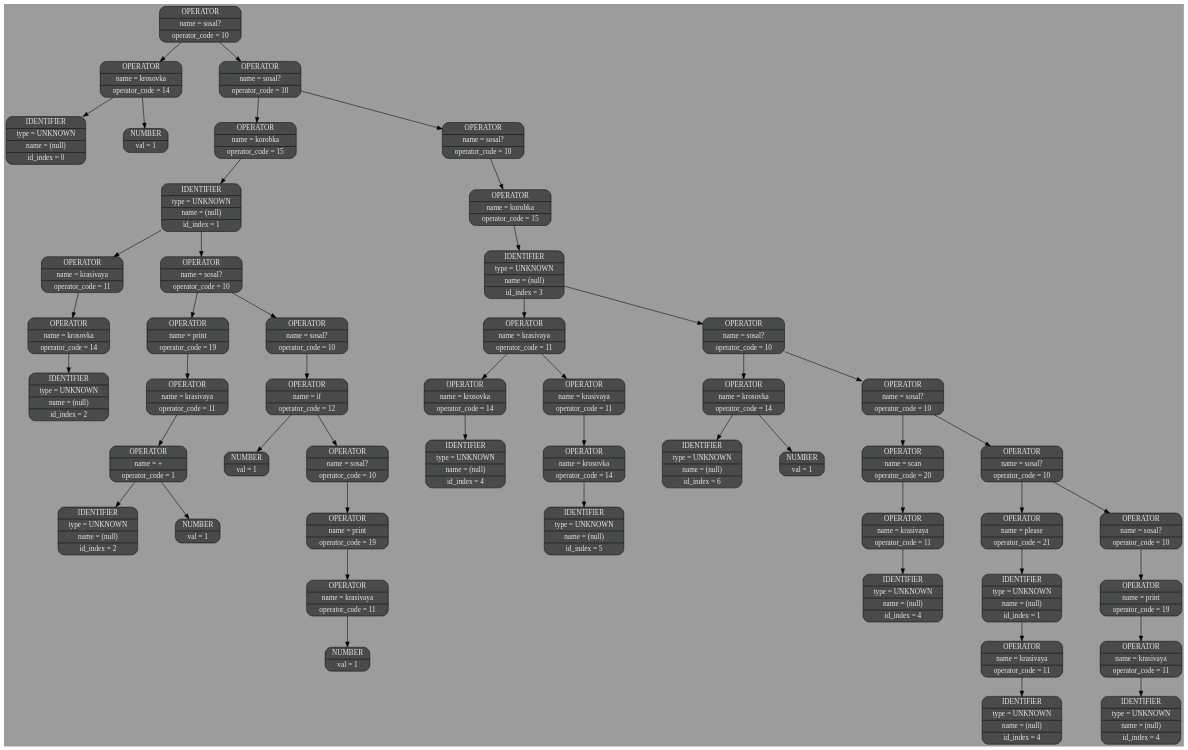
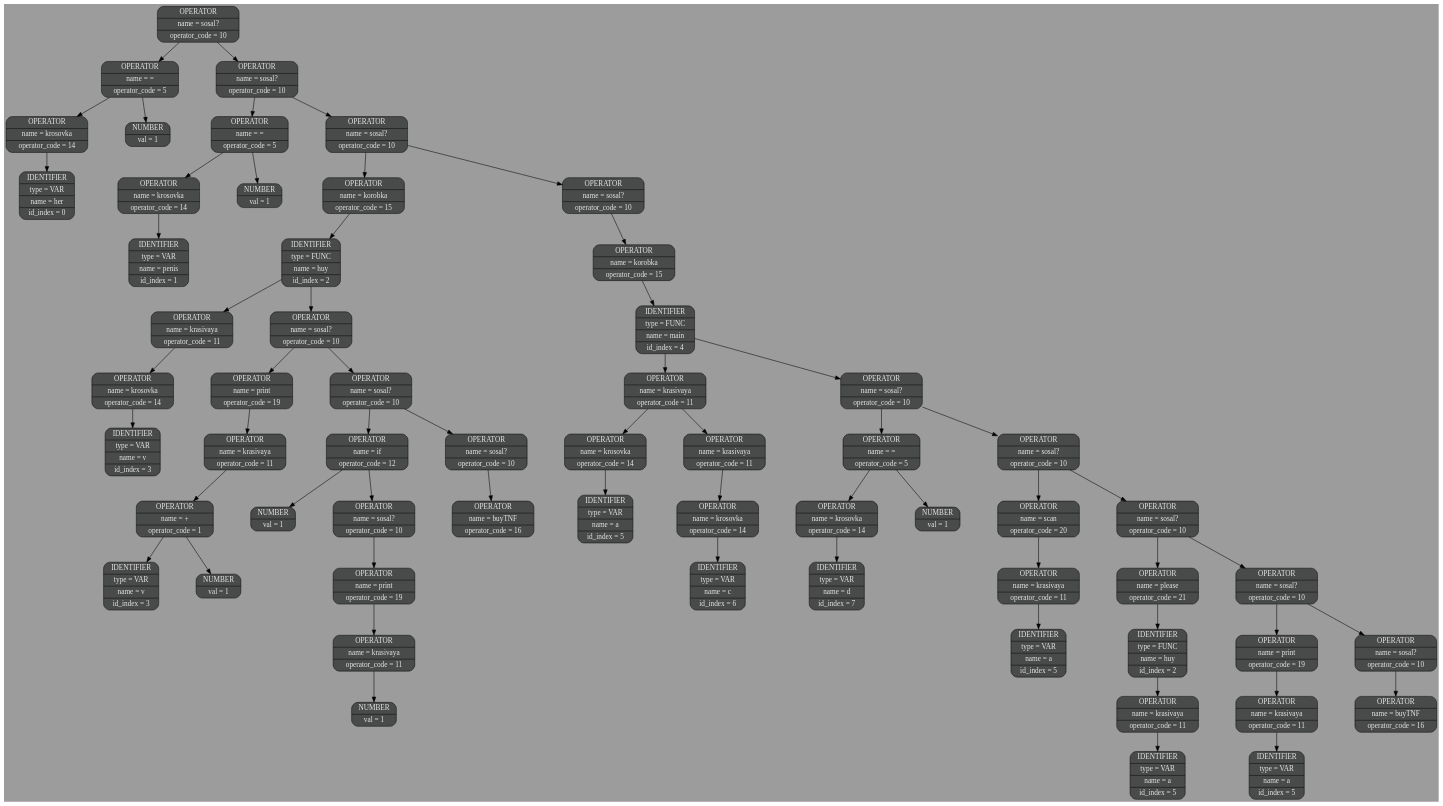
The diagram in backend/logs/dot_files/000.dot (sevaphasol/language), drawn with Graphviz before and after one commit. The commit also changed 4 other files, not shown here.

```diff
--- a/backend/logs/dot_files/000.dot
+++ b/backend/logs/dot_files/000.dot
@@ -5,53 +5,64 @@
 node[style=filled, color="#0a0a0a", fillcolor="#494a4a",fontcolor="#e6e6e6", fontsize=14];
 edge[color="#000000", fontsize=12, penwidth=1, fontcolor = "#49006a"];
 bgcolor="#9c9c9c";
-elem0x714703c00010[shape="Mrecord", label= "{OPERATOR | name = sosal? | operator_code = 10}"];
-elem0x714703c00010->elem0x714703c00038;elem0x714703c00038[shape="Mrecord", label= "{OPERATOR | name = krosovka | operator_code = 14}"];
-elem0x714703c00038->elem0x714703c00060;elem0x714703c00060[shape="Mrecord", label= "{IDENTIFIER | type = UNKNOWN | name = (null) | id_index = 0}"];
-elem0x714703c00038->elem0x714703c00088;elem0x714703c00088[shape="Mrecord", label= "{NUMBER | val = 1}"];
-elem0x714703c00010->elem0x714703c000b0;elem0x714703c000b0[shape="Mrecord", label= "{OPERATOR | name = sosal? | operator_code = 10}"];
-elem0x714703c000b0->elem0x714703c000d8;elem0x714703c000d8[shape="Mrecord", label= "{OPERATOR | name = korobka | operator_code = 15}"];
-elem0x714703c000d8->elem0x714703c00100;elem0x714703c00100[shape="Mrecord", label= "{IDENTIFIER | type = UNKNOWN | name = (null) | id_index = 1}"];
-elem0x714703c00100->elem0x714703c00128;elem0x714703c00128[shape="Mrecord", label= "{OPERATOR | name = krasivaya | operator_code = 11}"];
-elem0x714703c00128->elem0x714703c00150;elem0x714703c00150[shape="Mrecord", label= "{OPERATOR | name = krosovka | operator_code = 14}"];
-elem0x714703c00150->elem0x714703c00178;elem0x714703c00178[shape="Mrecord", label= "{IDENTIFIER | type = UNKNOWN | name = (null) | id_index = 2}"];
-elem0x714703c00100->elem0x714703c001a0;elem0x714703c001a0[shape="Mrecord", label= "{OPERATOR | name = sosal? | operator_code = 10}"];
-elem0x714703c001a0->elem0x714703c001c8;elem0x714703c001c8[shape="Mrecord", label= "{OPERATOR | name = print | operator_code = 19}"];
-elem0x714703c001c8->elem0x714703c001f0;elem0x714703c001f0[shape="Mrecord", label= "{OPERATOR | name = krasivaya | operator_code = 11}"];
-elem0x714703c001f0->elem0x714703c00218;elem0x714703c00218[shape="Mrecord", label= "{OPERATOR | name = + | operator_code = 1}"];
-elem0x714703c00218->elem0x714703c00240;elem0x714703c00240[shape="Mrecord", label= "{IDENTIFIER | type = UNKNOWN | name = (null) | id_index = 2}"];
-elem0x714703c00218->elem0x714703c00268;elem0x714703c00268[shape="Mrecord", label= "{NUMBER | val = 1}"];
-elem0x714703c001a0->elem0x714703c00290;elem0x714703c00290[shape="Mrecord", label= "{OPERATOR | name = sosal? | operator_code = 10}"];
-elem0x714703c00290->elem0x714703c002b8;elem0x714703c002b8[shape="Mrecord", label= "{OPERATOR | name = if | operator_code = 12}"];
-elem0x714703c002b8->elem0x714703c002e0;elem0x714703c002e0[shape="Mrecord", label= "{NUMBER | val = 1}"];
-elem0x714703c002b8->elem0x714703c00308;elem0x714703c00308[shape="Mrecord", label= "{OPERATOR | name = sosal? | operator_code = 10}"];
-elem0x714703c00308->elem0x714703c00330;elem0x714703c00330[shape="Mrecord", label= "{OPERATOR | name = print | operator_code = 19}"];
-elem0x714703c00330->elem0x714703c00358;elem0x714703c00358[shape="Mrecord", label= "{OPERATOR | name = krasivaya | operator_code = 11}"];
-elem0x714703c00358->elem0x714703c00380;elem0x714703c00380[shape="Mrecord", label= "{NUMBER | val = 1}"];
-elem0x714703c000b0->elem0x714703c003a8;elem0x714703c003a8[shape="Mrecord", label= "{OPERATOR | name = sosal? | operator_code = 10}"];
-elem0x714703c003a8->elem0x714703c003d0;elem0x714703c003d0[shape="Mrecord", label= "{OPERATOR | name = korobka | operator_code = 15}"];
-elem0x714703c003d0->elem0x714703c003f8;elem0x714703c003f8[shape="Mrecord", label= "{IDENTIFIER | type = UNKNOWN | name = (null) | id_index = 3}"];
-elem0x714703c003f8->elem0x714703c00420;elem0x714703c00420[shape="Mrecord", label= "{OPERATOR | name = krasivaya | operator_code = 11}"];
-elem0x714703c00420->elem0x714703c00448;elem0x714703c00448[shape="Mrecord", label= "{OPERATOR | name = krosovka | operator_code = 14}"];
-elem0x714703c00448->elem0x714703c00470;elem0x714703c00470[shape="Mrecord", label= "{IDENTIFIER | type = UNKNOWN | name = (null) | id_index = 4}"];
-elem0x714703c00420->elem0x714703c00498;elem0x714703c00498[shape="Mrecord", label= "{OPERATOR | name = krasivaya | operator_code = 11}"];
-elem0x714703c00498->elem0x714703c004c0;elem0x714703c004c0[shape="Mrecord", label= "{OPERATOR | name = krosovka | operator_code = 14}"];
-elem0x714703c004c0->elem0x714703c004e8;elem0x714703c004e8[shape="Mrecord", label= "{IDENTIFIER | type = UNKNOWN | name = (null) | id_index = 5}"];
-elem0x714703c003f8->elem0x714703c00510;elem0x714703c00510[shape="Mrecord", label= "{OPERATOR | name = sosal? | operator_code = 10}"];
-elem0x714703c00510->elem0x714703c00538;elem0x714703c00538[shape="Mrecord", label= "{OPERATOR | name = krosovka | operator_code = 14}"];
-elem0x714703c00538->elem0x714703c00560;elem0x714703c00560[shape="Mrecord", label= "{IDENTIFIER | type = UNKNOWN | name = (null) | id_index = 6}"];
-elem0x714703c00538->elem0x714703c00588;elem0x714703c00588[shape="Mrecord", label= "{NUMBER | val = 1}"];
-elem0x714703c00510->elem0x714703c005b0;elem0x714703c005b0[shape="Mrecord", label= "{OPERATOR | name = sosal? | operator_code = 10}"];
-elem0x714703c005b0->elem0x714703c005d8;elem0x714703c005d8[shape="Mrecord", label= "{OPERATOR | name = scan | operator_code = 20}"];
-elem0x714703c005d8->elem0x714703c00600;elem0x714703c00600[shape="Mrecord", label= "{OPERATOR | name = krasivaya | operator_code = 11}"];
-elem0x714703c00600->elem0x714703c00628;elem0x714703c00628[shape="Mrecord", label= "{IDENTIFIER | type = UNKNOWN | name = (null) | id_index = 4}"];
-elem0x714703c005b0->elem0x714703c00650;elem0x714703c00650[shape="Mrecord", label= "{OPERATOR | name = sosal? | operator_code = 10}"];
-elem0x714703c00650->elem0x714703c00678;elem0x714703c00678[shape="Mrecord", label= "{OPERATOR | name = please | operator_code = 21}"];
-elem0x714703c00678->elem0x714703c006a0;elem0x714703c006a0[shape="Mrecord", label= "{IDENTIFIER | type = UNKNOWN | name = (null) | id_index = 1}"];
-elem0x714703c006a0->elem0x714703c006c8;elem0x714703c006c8[shape="Mrecord", label= "{OPERATOR | name = krasivaya | operator_code = 11}"];
-elem0x714703c006c8->elem0x714703c006f0;elem0x714703c006f0[shape="Mrecord", label= "{IDENTIFIER | type = UNKNOWN | name = (null) | id_index = 4}"];
-elem0x714703c00650->elem0x714703c00718;elem0x714703c00718[shape="Mrecord", label= "{OPERATOR | name = sosal? | operator_code = 10}"];
-elem0x714703c00718->elem0x714703c00740;elem0x714703c00740[shape="Mrecord", label= "{OPERATOR | name = print | operator_code = 19}"];
-elem0x714703c00740->elem0x714703c00768;elem0x714703c00768[shape="Mrecord", label= "{OPERATOR | name = krasivaya | operator_code = 11}"];
-elem0x714703c00768->elem0x714703c00790;elem0x714703c00790[shape="Mrecord", label= "{IDENTIFIER | type = UNKNOWN | name = (null) | id_index = 4}"];
+elem0x70199f800010[shape="Mrecord", label= "{OPERATOR | name = sosal? | operator_code = 10}"];
+elem0x70199f800010->elem0x70199f800038;elem0x70199f800038[shape="Mrecord", label= "{OPERATOR | name = = | operator_code = 5}"];
+elem0x70199f800038->elem0x70199f800060;elem0x70199f800060[shape="Mrecord", label= "{OPERATOR | name = krosovka | operator_code = 14}"];
+elem0x70199f800060->elem0x70199f800088;elem0x70199f800088[shape="Mrecord", label= "{IDENTIFIER | type = VAR | name = her | id_index = 0}"];
+elem0x70199f800038->elem0x70199f8000b0;elem0x70199f8000b0[shape="Mrecord", label= "{NUMBER | val = 1}"];
+elem0x70199f800010->elem0x70199f8000d8;elem0x70199f8000d8[shape="Mrecord", label= "{OPERATOR | name = sosal? | operator_code = 10}"];
+elem0x70199f8000d8->elem0x70199f800100;elem0x70199f800100[shape="Mrecord", label= "{OPERATOR | name = = | operator_code = 5}"];
+elem0x70199f800100->elem0x70199f800128;elem0x70199f800128[shape="Mrecord", label= "{OPERATOR | name = krosovka | operator_code = 14}"];
+elem0x70199f800128->elem0x70199f800150;elem0x70199f800150[shape="Mrecord", label= "{IDENTIFIER | type = VAR | name = penis | id_index = 1}"];
+elem0x70199f800100->elem0x70199f800178;elem0x70199f800178[shape="Mrecord", label= "{NUMBER | val = 1}"];
+elem0x70199f8000d8->elem0x70199f8001a0;elem0x70199f8001a0[shape="Mrecord", label= "{OPERATOR | name = sosal? | operator_code = 10}"];
+elem0x70199f8001a0->elem0x70199f8001c8;elem0x70199f8001c8[shape="Mrecord", label= "{OPERATOR | name = korobka | operator_code = 15}"];
+elem0x70199f8001c8->elem0x70199f8001f0;elem0x70199f8001f0[shape="Mrecord", label= "{IDENTIFIER | type = FUNC | name = huy | id_index = 2}"];
+elem0x70199f8001f0->elem0x70199f800218;elem0x70199f800218[shape="Mrecord", label= "{OPERATOR | name = krasivaya | operator_code = 11}"];
+elem0x70199f800218->elem0x70199f800240;elem0x70199f800240[shape="Mrecord", label= "{OPERATOR | name = krosovka | operator_code = 14}"];
+elem0x70199f800240->elem0x70199f800268;elem0x70199f800268[shape="Mrecord", label= "{IDENTIFIER | type = VAR | name = v | id_index = 3}"];
+elem0x70199f8001f0->elem0x70199f800290;elem0x70199f800290[shape="Mrecord", label= "{OPERATOR | name = sosal? | operator_code = 10}"];
+elem0x70199f800290->elem0x70199f8002b8;elem0x70199f8002b8[shape="Mrecord", label= "{OPERATOR | name = print | operator_code = 19}"];
+elem0x70199f8002b8->elem0x70199f8002e0;elem0x70199f8002e0[shape="Mrecord", label= "{OPERATOR | name = krasivaya | operator_code = 11}"];
+elem0x70199f8002e0->elem0x70199f800308;elem0x70199f800308[shape="Mrecord", label= "{OPERATOR | name = + | operator_code = 1}"];
+elem0x70199f800308->elem0x70199f800330;elem0x70199f800330[shape="Mrecord", label= "{IDENTIFIER | type = VAR | name = v | id_index = 3}"];
+elem0x70199f800308->elem0x70199f800358;elem0x70199f800358[shape="Mrecord", label= "{NUMBER | val = 1}"];
+elem0x70199f800290->elem0x70199f800380;elem0x70199f800380[shape="Mrecord", label= "{OPERATOR | name = sosal? | operator_code = 10}"];
+elem0x70199f800380->elem0x70199f8003a8;elem0x70199f8003a8[shape="Mrecord", label= "{OPERATOR | name = if | operator_code = 12}"];
+elem0x70199f8003a8->elem0x70199f8003d0;elem0x70199f8003d0[shape="Mrecord", label= "{NUMBER | val = 1}"];
+elem0x70199f8003a8->elem0x70199f8003f8;elem0x70199f8003f8[shape="Mrecord", label= "{OPERATOR | name = sosal? | operator_code = 10}"];
+elem0x70199f8003f8->elem0x70199f800420;elem0x70199f800420[shape="Mrecord", label= "{OPERATOR | name = print | operator_code = 19}"];
+elem0x70199f800420->elem0x70199f800448;elem0x70199f800448[shape="Mrecord", label= "{OPERATOR | name = krasivaya | operator_code = 11}"];
+elem0x70199f800448->elem0x70199f800470;elem0x70199f800470[shape="Mrecord", label= "{NUMBER | val = 1}"];
+elem0x70199f800380->elem0x70199f800498;elem0x70199f800498[shape="Mrecord", label= "{OPERATOR | name = sosal? | operator_code = 10}"];
+elem0x70199f800498->elem0x70199f8004c0;elem0x70199f8004c0[shape="Mrecord", label= "{OPERATOR | name = buyTNF | operator_code = 16}"];
+elem0x70199f8001a0->elem0x70199f8004e8;elem0x70199f8004e8[shape="Mrecord", label= "{OPERATOR | name = sosal? | operator_code = 10}"];
+elem0x70199f8004e8->elem0x70199f800510;elem0x70199f800510[shape="Mrecord", label= "{OPERATOR | name = korobka | operator_code = 15}"];
+elem0x70199f800510->elem0x70199f800538;elem0x70199f800538[shape="Mrecord", label= "{IDENTIFIER | type = FUNC | name = main | id_index = 4}"];
+elem0x70199f800538->elem0x70199f800560;elem0x70199f800560[shape="Mrecord", label= "{OPERATOR | name = krasivaya | operator_code = 11}"];
+elem0x70199f800560->elem0x70199f800588;elem0x70199f800588[shape="Mrecord", label= "{OPERATOR | name = krosovka | operator_code = 14}"];
+elem0x70199f800588->elem0x70199f8005b0;elem0x70199f8005b0[shape="Mrecord", label= "{IDENTIFIER | type = VAR | name = a | id_index = 5}"];
+elem0x70199f800560->elem0x70199f8005d8;elem0x70199f8005d8[shape="Mrecord", label= "{OPERATOR | name = krasivaya | operator_code = 11}"];
+elem0x70199f8005d8->elem0x70199f800600;elem0x70199f800600[shape="Mrecord", label= "{OPERATOR | name = krosovka | operator_code = 14}"];
+elem0x70199f800600->elem0x70199f800628;elem0x70199f800628[shape="Mrecord", label= "{IDENTIFIER | type = VAR | name = c | id_index = 6}"];
+elem0x70199f800538->elem0x70199f800650;elem0x70199f800650[shape="Mrecord", label= "{OPERATOR | name = sosal? | operator_code = 10}"];
+elem0x70199f800650->elem0x70199f800678;elem0x70199f800678[shape="Mrecord", label= "{OPERATOR | name = = | operator_code = 5}"];
+elem0x70199f800678->elem0x70199f8006a0;elem0x70199f8006a0[shape="Mrecord", label= "{OPERATOR | name = krosovka | operator_code = 14}"];
+elem0x70199f8006a0->elem0x70199f8006c8;elem0x70199f8006c8[shape="Mrecord", label= "{IDENTIFIER | type = VAR | name = d | id_index = 7}"];
+elem0x70199f800678->elem0x70199f8006f0;elem0x70199f8006f0[shape="Mrecord", label= "{NUMBER | val = 1}"];
+elem0x70199f800650->elem0x70199f800718;elem0x70199f800718[shape="Mrecord", label= "{OPERATOR | name = sosal? | operator_code = 10}"];
+elem0x70199f800718->elem0x70199f800740;elem0x70199f800740[shape="Mrecord", label= "{OPERATOR | name = scan | operator_code = 20}"];
+elem0x70199f800740->elem0x70199f800768;elem0x70199f800768[shape="Mrecord", label= "{OPERATOR | name = krasivaya | operator_code = 11}"];
+elem0x70199f800768->elem0x70199f800790;elem0x70199f800790[shape="Mrecord", label= "{IDENTIFIER | type = VAR | name = a | id_index = 5}"];
+elem0x70199f800718->elem0x70199f8007b8;elem0x70199f8007b8[shape="Mrecord", label= "{OPERATOR | name = sosal? | operator_code = 10}"];
+elem0x70199f8007b8->elem0x70199f8007e0;elem0x70199f8007e0[shape="Mrecord", label= "{OPERATOR | name = please | operator_code = 21}"];
+elem0x70199f8007e0->elem0x70199f800808;elem0x70199f800808[shape="Mrecord", label= "{IDENTIFIER | type = FUNC | name = huy | id_index = 2}"];
+elem0x70199f800808->elem0x70199f800830;elem0x70199f800830[shape="Mrecord", label= "{OPERATOR | name = krasivaya | operator_code = 11}"];
+elem0x70199f800830->elem0x70199f800858;elem0x70199f800858[shape="Mrecord", label= "{IDENTIFIER | type = VAR | name = a | id_index = 5}"];
+elem0x70199f8007b8->elem0x70199f800880;elem0x70199f800880[shape="Mrecord", label= "{OPERATOR | name = sosal? | operator_code = 10}"];
+elem0x70199f800880->elem0x70199f8008a8;elem0x70199f8008a8[shape="Mrecord", label= "{OPERATOR | name = print | operator_code = 19}"];
+elem0x70199f8008a8->elem0x70199f8008d0;elem0x70199f8008d0[shape="Mrecord", label= "{OPERATOR | name = krasivaya | operator_code = 11}"];
+elem0x70199f8008d0->elem0x70199f8008f8;elem0x70199f8008f8[shape="Mrecord", label= "{IDENTIFIER | type = VAR | name = a | id_index = 5}"];
+elem0x70199f800880->elem0x70199f800920;elem0x70199f800920[shape="Mrecord", label= "{OPERATOR | name = sosal? | operator_code = 10}"];
+elem0x70199f800920->elem0x70199f800948;elem0x70199f800948[shape="Mrecord", label= "{OPERATOR | name = buyTNF | operator_code = 16}"];
 }
```
